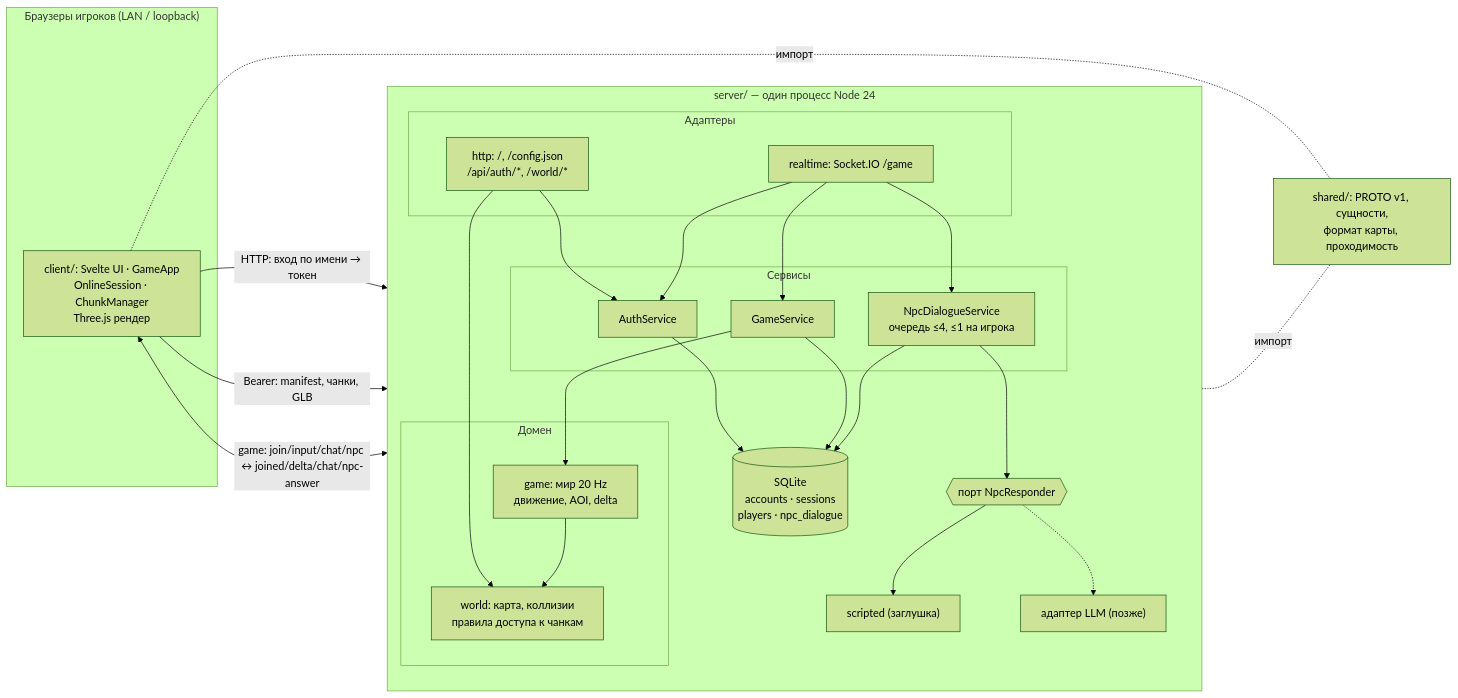
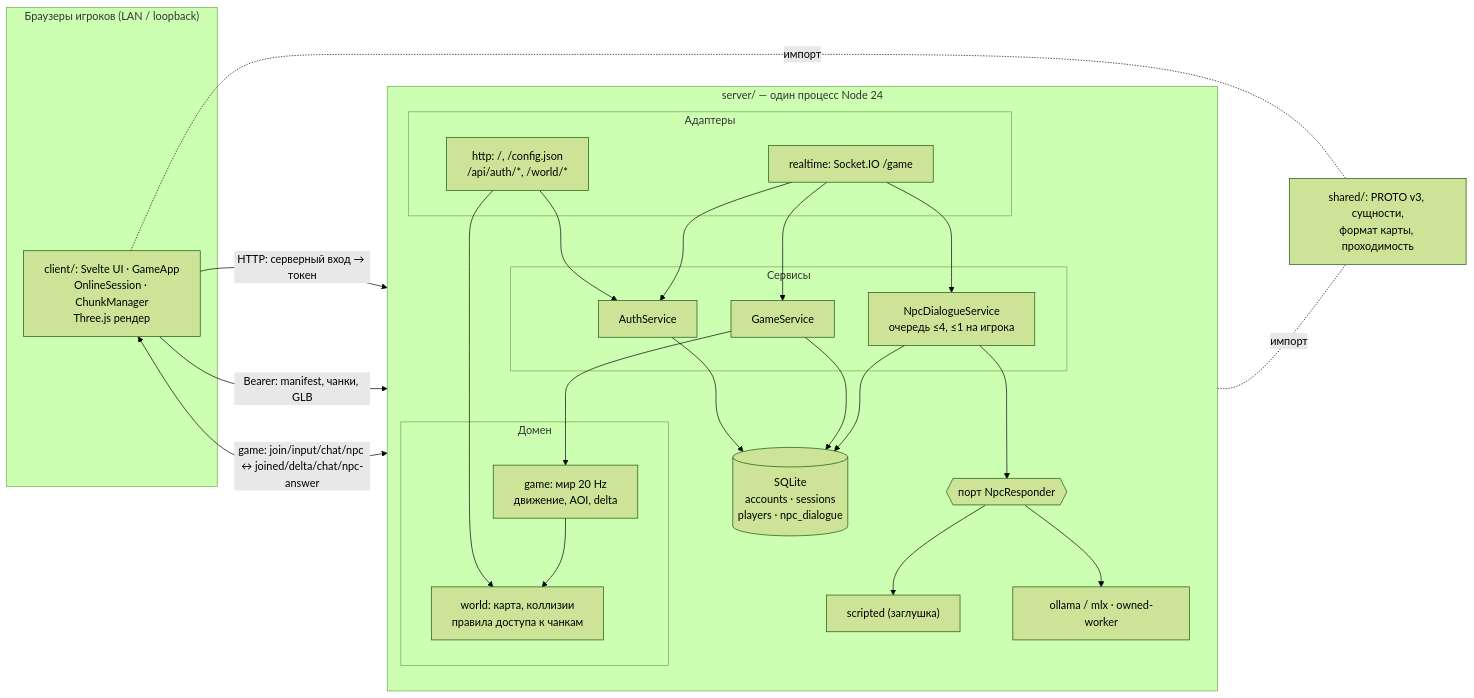
Before and after one commit to Nisakoo/Kuda-Nazimat-2026: the diagram in architecture.md, drawn with Mermaid (forest theme). The commit also changed other lines of this file and 60 other files, not shown here.

````diff
--- a/architecture.md
+++ b/architecture.md
@@ -72,45 +78,45 @@
 ```mermaid
 flowchart LR
   subgraph Browsers["Браузеры игроков (LAN / loopback)"]
     C["client/: Svelte UI · GameApp\nOnlineSession · ChunkManager\nThree.js рендер"]
   end
   subgraph Server["server/ — один процесс Node 24"]
     direction TB
     subgraph Adapters["Адаптеры"]
       HTTP["http: /, /config.json\n/api/auth/*, /world/*"]
       RT["realtime: Socket.IO /game"]
     end
     subgraph Services["Сервисы"]
       AUTH["AuthService"]
       GAME["GameService"]
       NPCS["NpcDialogueService\nочередь ≤4, ≤1 на игрока"]
     end
     subgraph Domain["Домен"]
       WORLD["game: мир 20 Hz\nдвижение, AOI, delta"]
       MAP["world: карта, коллизии\nправила доступа к чанкам"]
     end
     DB[("SQLite\naccounts · sessions\nplayers · npc_dialogue")]
     PORT{{"порт NpcResponder"}}
     STUB["scripted (заглушка)"]
-    LLM["адаптер LLM (позже)"]
+    LLM["ollama / mlx · owned-worker"]
   end
-  SHARED["shared/: PROTO v1, сущности,\nформат карты, проходимость"]
-  C -- "HTTP: вход по имени → токен" --> HTTP
+  SHARED["shared/: PROTO v3, сущности,\nформат карты, проходимость"]
+  C -- "HTTP: серверный вход → токен" --> HTTP
   C -- "Bearer: manifest, чанки, GLB" --> HTTP
   C <-- "game: join/input/chat/npc ↔ joined/delta/chat/npc-answer" --> RT
   HTTP --> AUTH
   HTTP --> MAP
   RT --> AUTH
   RT --> GAME
   RT --> NPCS
   GAME --> WORLD
   WORLD --> MAP
   AUTH --> DB
   GAME --> DB
   NPCS --> DB
   NPCS --> PORT
   PORT --> STUB
-  PORT -.-> LLM
+  PORT --> LLM
   C -. "импорт" .- SHARED
   Server -. "импорт" .- SHARED
 ```
````
